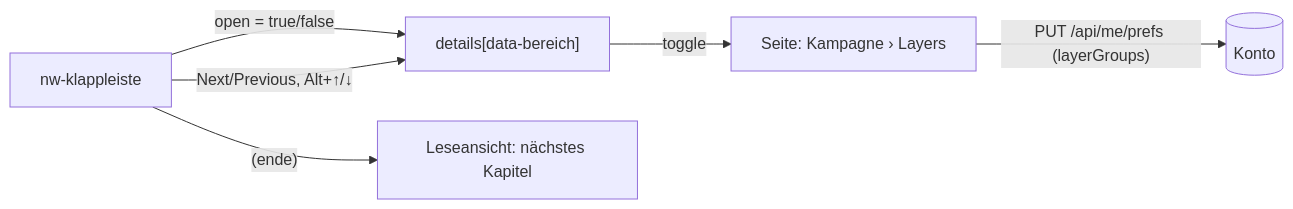
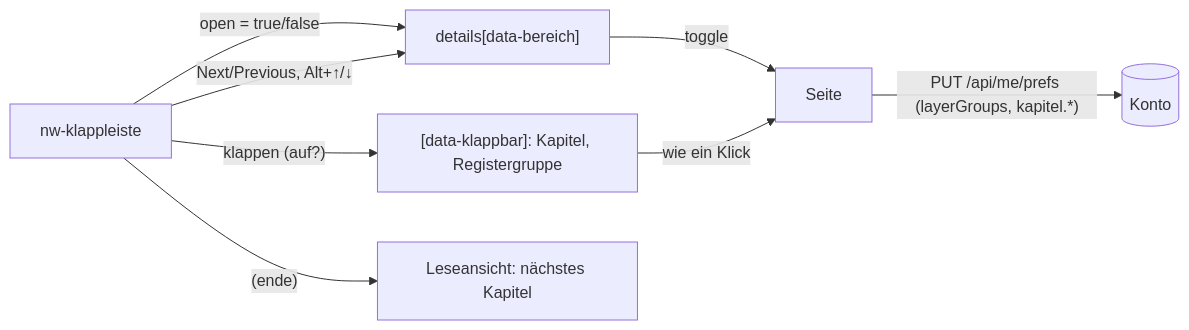
Before and after one commit to Mrfudog/Atlas-Mentis: the diagram in VTT/Features/F-070 Navigation & Kurzansicht.md, drawn with Mermaid. The commit also changed other lines of this file and 13 other files, not shown here.

````diff
--- a/VTT/Features/F-070 Navigation & Kurzansicht.md
+++ b/VTT/Features/F-070 Navigation & Kurzansicht.md
@@ -37,8 +41,10 @@
 ```mermaid
 flowchart LR
   L[nw-klappleiste] -- "open = true/false" --> D["details[data-bereich]"]
-  D -- toggle --> S[Seite: Kampagne › Layers]
-  S -- "PUT /api/me/prefs (layerGroups)" --> K[(Konto)]
+  L -- "klappen (auf?)" --> K2["[data-klappbar]: Kapitel, Registergruppe"]
+  D -- toggle --> S[Seite]
+  K2 -- "wie ein Klick" --> S
+  S -- "PUT /api/me/prefs (layerGroups, kapitel.*)" --> K[(Konto)]
   L -- "Next/Previous, Alt+↑/↓" --> D
   L -- "(ende)" --> R[Leseansicht: nächstes Kapitel]
 ```
````
